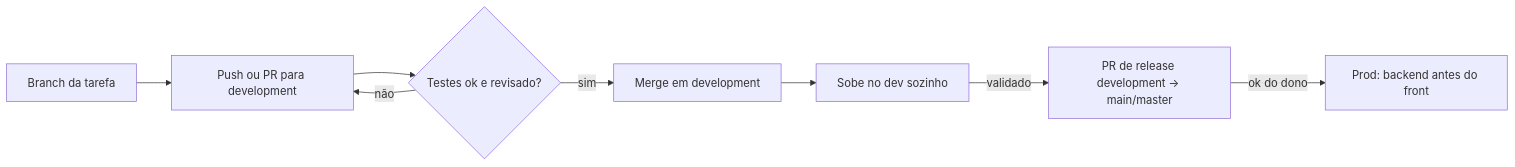
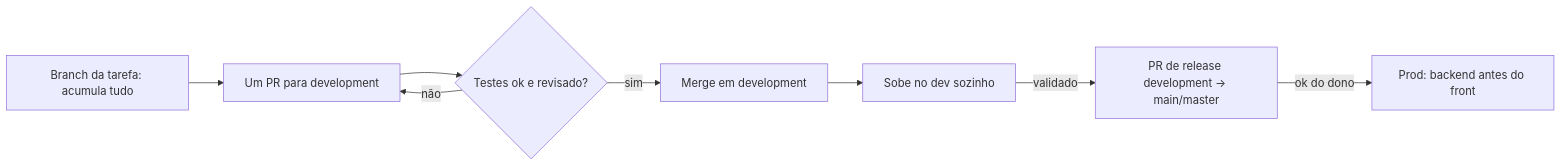
One commit to Relyon-Business-AI/economizaai changed the diagram in DEPLOY.md. Above: the diagram before and after it, drawn with Mermaid. The commit also changed other lines of this file and 1 other file, not shown here.

Commit message:
docs(deploy): mudanças entram por PR que acumula a tarefa (um merge por tarefa, sem push direto em development)

````diff
--- a/DEPLOY.md
+++ b/DEPLOY.md
@@ -17,10 +18,10 @@
 ```mermaid
 flowchart LR
-  A[Branch da tarefa] --> B[Push ou PR para development]
+  A[Branch da tarefa: acumula tudo] --> B[Um PR para development]
   B --> C{Testes ok e revisado?}
   C -- não --> B
   C -- sim --> D[Merge em development]
   D --> E[Sobe no dev sozinho]
   E -- validado --> F[PR de release development → main/master]
   F -- ok do dono --> G[Prod: backend antes do front]
 ```
````
